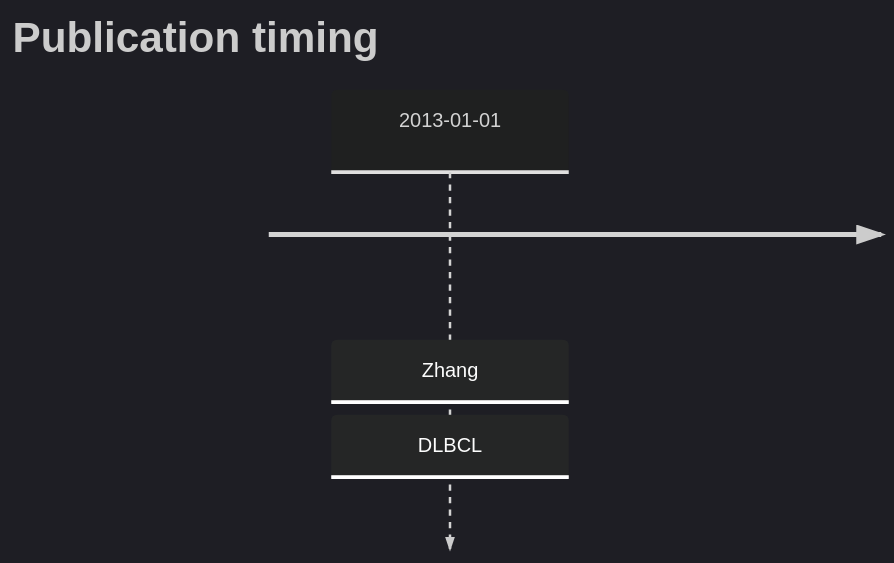
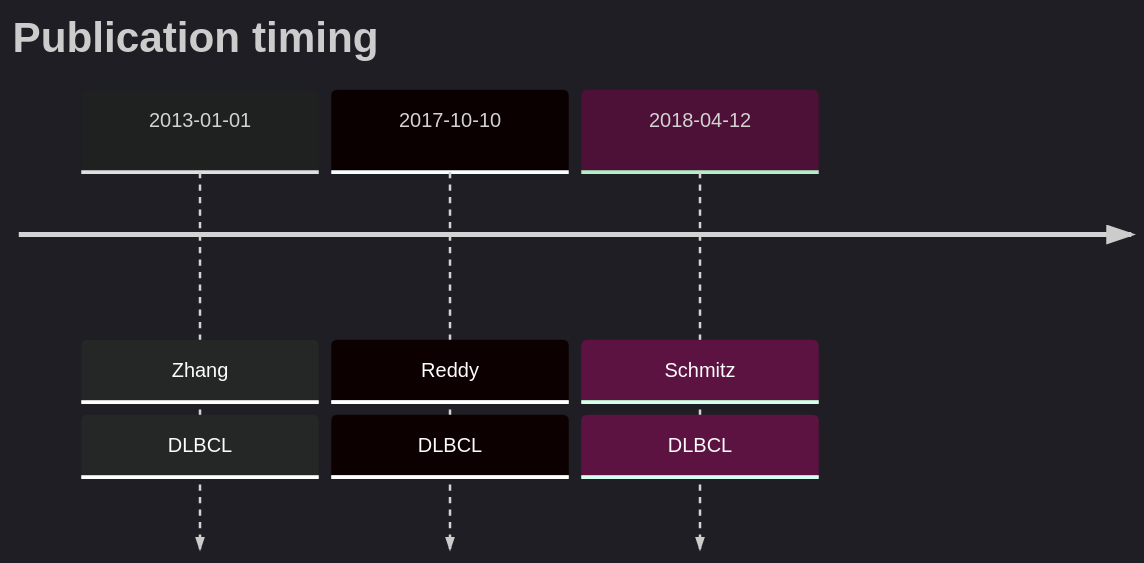
Before and after one commit to morinlab/lymphopedia: the diagram in KLHL14.md, drawn with Mermaid. The commit also changed other lines of this file, not shown here.

````diff
--- a/KLHL14.md
+++ b/KLHL14.md
@@ -12,6 +12,8 @@
 ```mermaid
 %%{init: { 'logLevel': 'debug', 'theme': 'dark' } }%%
 timeline
     title Publication timing
       2013-01-01 : Zhang : DLBCL
+2017-10-10 : Reddy : DLBCL
+2018-04-12 : Schmitz : DLBCL
 ```
````
